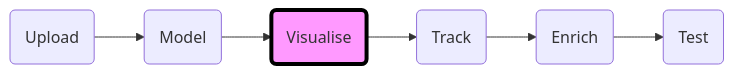
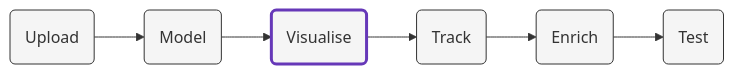
Before and after one commit to snowplow/advanced-analytics-web-accelerator: the diagram in content/visualisation/_index.md, drawn with Mermaid. The commit also changed other lines of this file and 86 other files, not shown here.

```diff
--- a/content/visualisation/_index.md
+++ b/content/visualisation/_index.md
@@ -13,5 +13,10 @@
 {{<mermaid>}}
 flowchart LR
     id1(Upload)-->id2(Model)-->id3(Visualise)-->id4(Track)-->id5(Enrich)-->id6(Test)
-    style id3 fill:#f9f,stroke:#000,stroke-width:4px
+    style id3 fill:#f5f5f5,stroke:#6638B8,stroke-width:3px
+    style id1 fill:#f5f5f5,stroke:#333,stroke-width:1px
+    style id5 fill:#f5f5f5,stroke:#333,stroke-width:1px
+    style id4 fill:#f5f5f5,stroke:#333,stroke-width:1px
+    style id2 fill:#f5f5f5,stroke:#333,stroke-width:1px
+    style id6 fill:#f5f5f5,stroke:#333,stroke-width:1px
 {{</mermaid >}}
```
